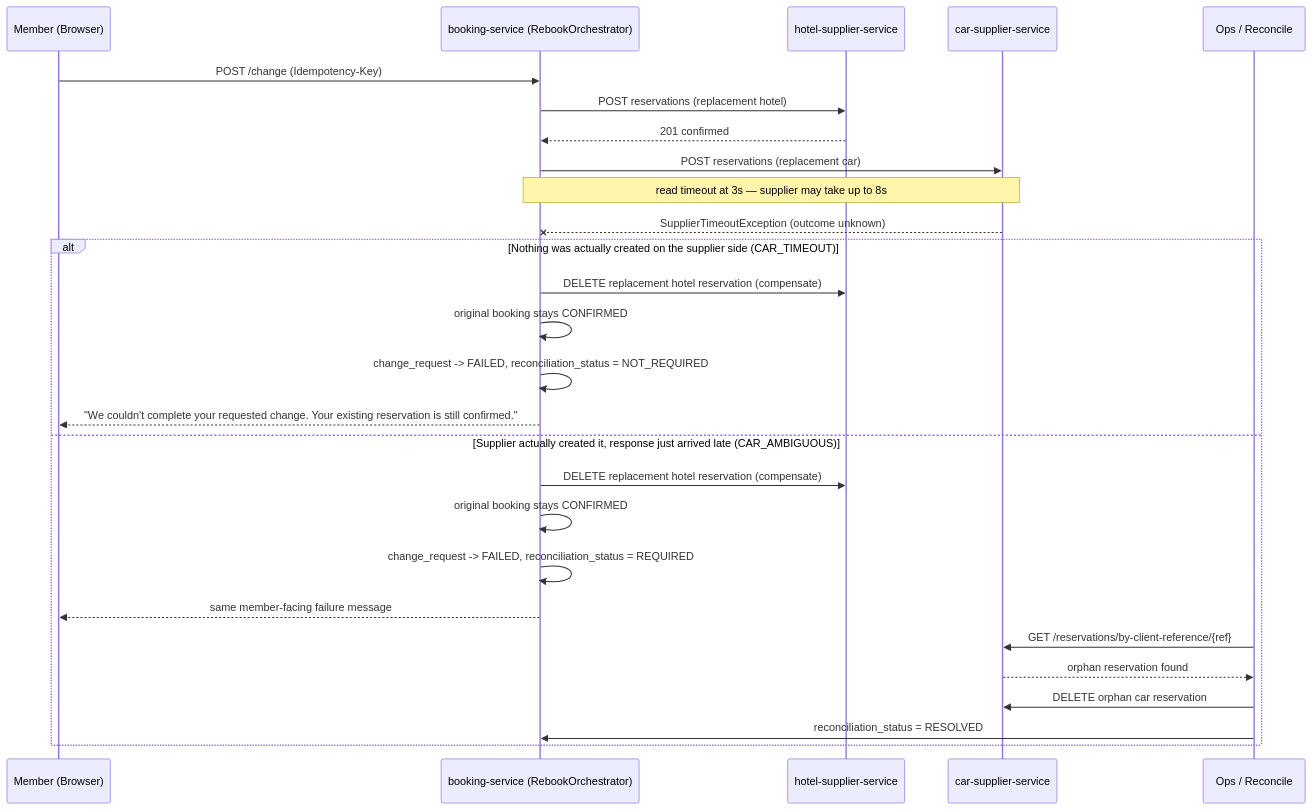
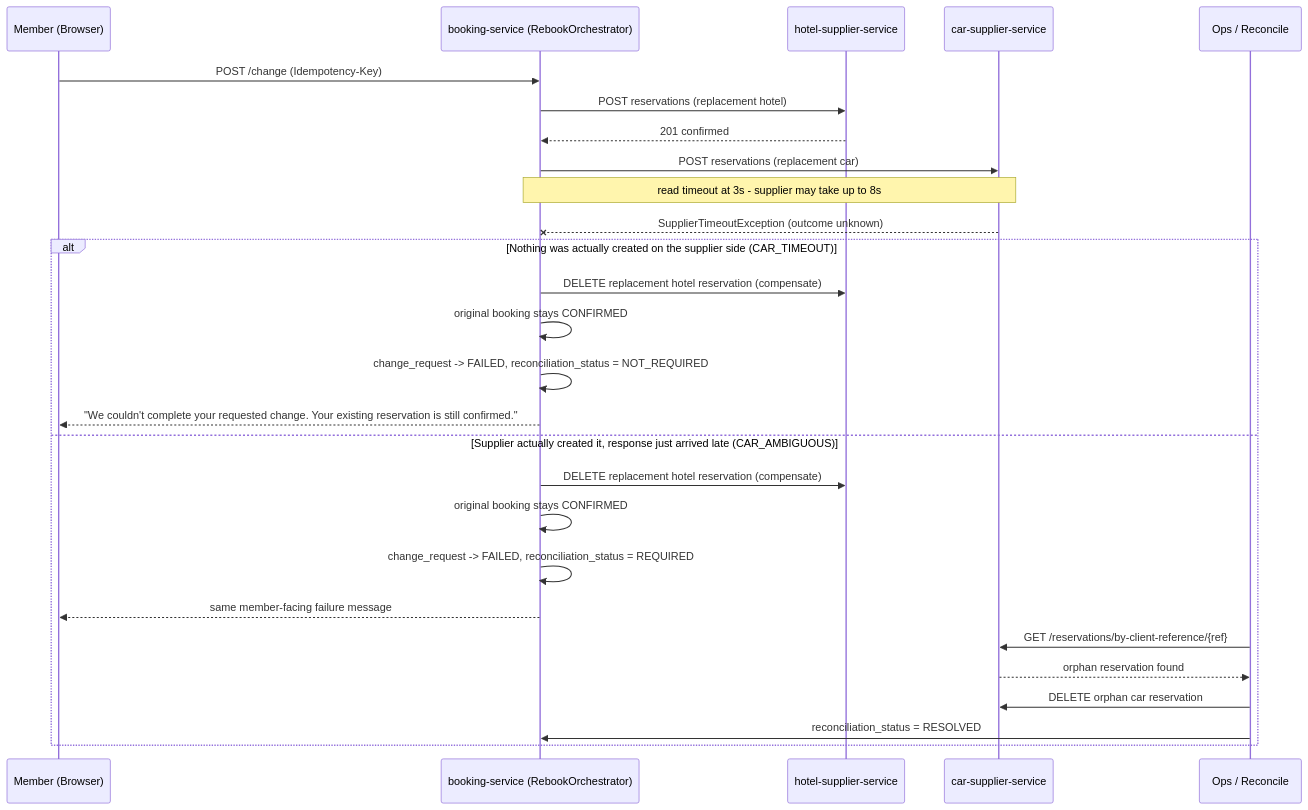
Before and after one commit to blakestiles/Costco-Travels: the third of 3 diagrams in README.md, drawn with Mermaid. The commit also changed other lines of this file and 7 other files, not shown here.

````diff
--- a/README.md
+++ b/README.md
@@ -102,31 +102,31 @@
 ```mermaid
 sequenceDiagram
     participant M as Member (Browser)
     participant B as booking-service (RebookOrchestrator)
     participant H as hotel-supplier-service
     participant C as car-supplier-service
     participant Ops as Ops / Reconcile
 
     M->>B: POST /change (Idempotency-Key)
     B->>H: POST reservations (replacement hotel)
     H-->>B: 201 confirmed
     B->>C: POST reservations (replacement car)
-    Note over B,C: read timeout at 3s — supplier may take up to 8s
+    Note over B,C: read timeout at 3s - supplier may take up to 8s
     C--xB: SupplierTimeoutException (outcome unknown)
 
     alt Nothing was actually created on the supplier side (CAR_TIMEOUT)
         B->>H: DELETE replacement hotel reservation (compensate)
         B->>B: original booking stays CONFIRMED
         B->>B: change_request -> FAILED, reconciliation_status = NOT_REQUIRED
         B-->>M: "We couldn't complete your requested change. Your existing reservation is still confirmed."
     else Supplier actually created it, response just arrived late (CAR_AMBIGUOUS)
         B->>H: DELETE replacement hotel reservation (compensate)
         B->>B: original booking stays CONFIRMED
         B->>B: change_request -> FAILED, reconciliation_status = REQUIRED
         B-->>M: same member-facing failure message
         Ops->>C: GET /reservations/by-client-reference/{ref}
         C-->>Ops: orphan reservation found
         Ops->>C: DELETE orphan car reservation
         Ops->>B: reconciliation_status = RESOLVED
     end
 ```
````
